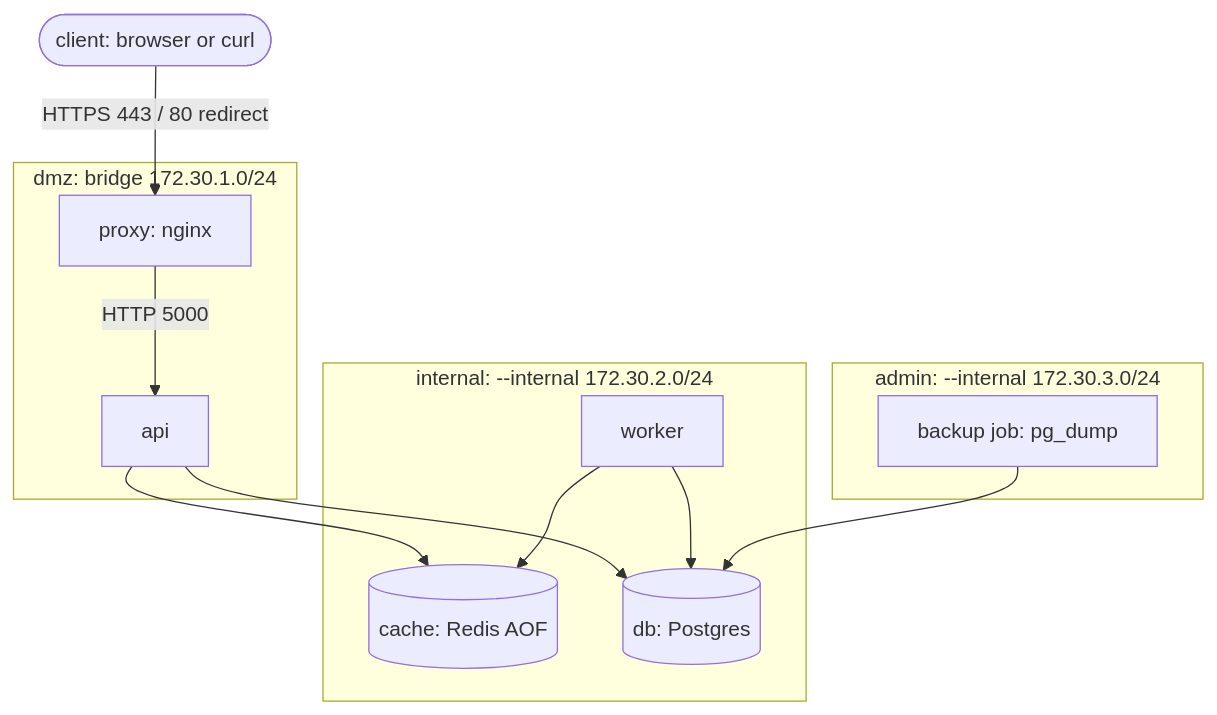
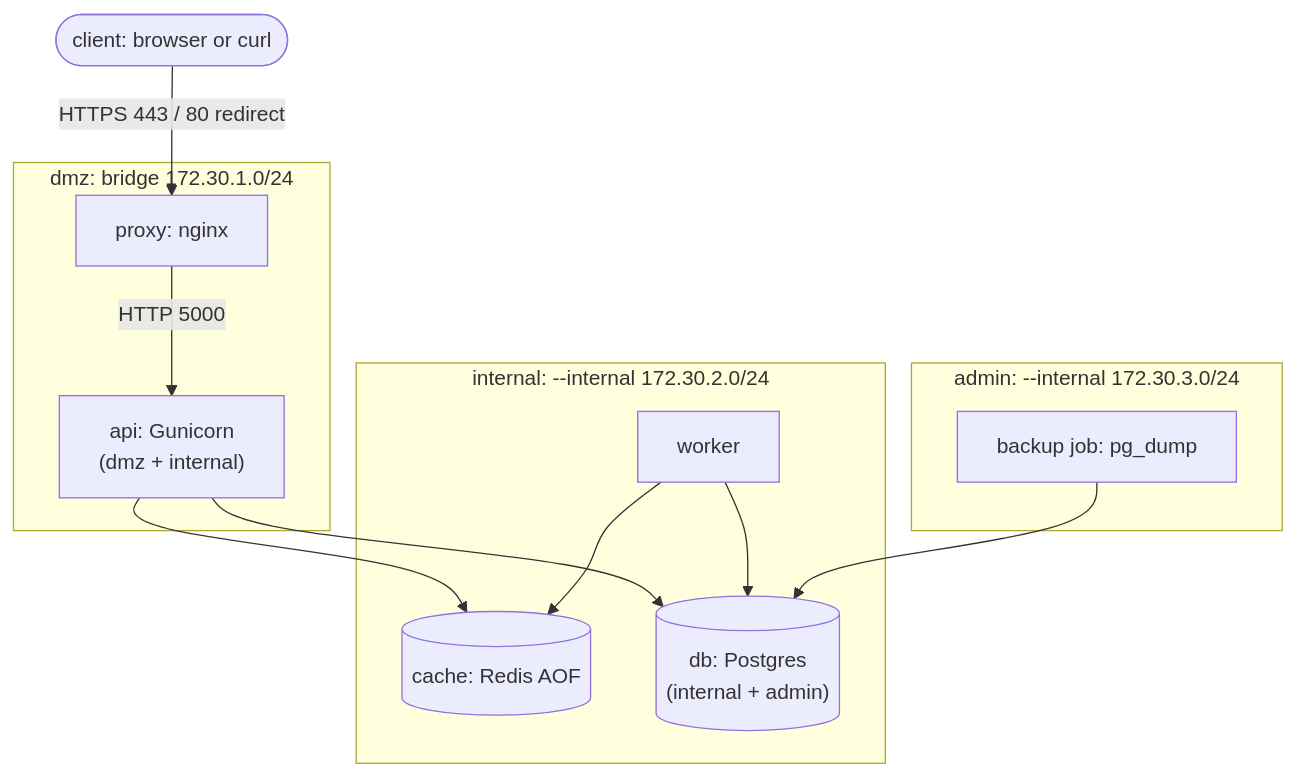
One commit to rrohansaini/linkly-capstone changed the diagram in README.md. Above: the diagram before and after it, drawn with Mermaid.

Commit message:
Label dual-homed services in the architecture diagram

````diff
--- a/README.md
+++ b/README.md
@@ -10,24 +10,24 @@
 ```mermaid
 flowchart TB
   client([client: browser or curl]) -->|HTTPS 443 / 80 redirect| proxy
   subgraph dmz [dmz: bridge 172.30.1.0/24]
     proxy[proxy: nginx]
-    api
+    api["api: Gunicorn<br/>(dmz + internal)"]
   end
   subgraph internal [internal: --internal 172.30.2.0/24]
     api
     cache[(cache: Redis AOF)]
     worker
-    db[(db: Postgres)]
+    db[("db: Postgres<br/>(internal + admin)")]
   end
   subgraph admin [admin: --internal 172.30.3.0/24]
     db
     backup[backup job: pg_dump]
   end
   proxy -->|HTTP 5000| api
   api --> db
   api --> cache
   worker --> cache
   worker --> db
   backup --> db
 ```
````
